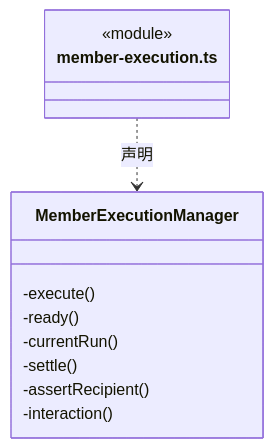
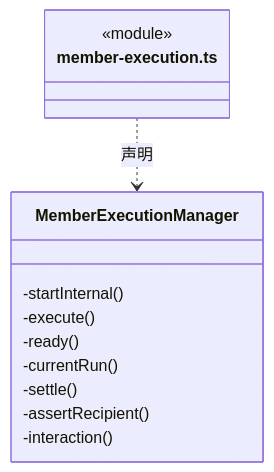
Before and after one commit to nan023062/cbim: diagram 23 of 52 in src/backend/scheduler-engine/execution/ARCHITECTURE.md, drawn with Mermaid. The commit also changed other lines of this file and 56 other files, not shown here.

````diff
--- a/src/backend/scheduler-engine/execution/ARCHITECTURE.md
+++ b/src/backend/scheduler-engine/execution/ARCHITECTURE.md
@@ -641,15 +672,16 @@
 ```mermaid
 classDiagram
 class N_src_backend_scheduler_engine_execution_member_execution_ts["member-execution.ts"] {
   <<module>>
 }
 class N_src_backend_scheduler_engine_execution_member_execution_ts_MemberExecutionManager["MemberExecutionManager"] {
+  -startInternal()
   -execute()
   -ready()
   -currentRun()
   -settle()
   -assertRecipient()
   -interaction()
 }
 N_src_backend_scheduler_engine_execution_member_execution_ts ..> N_src_backend_scheduler_engine_execution_member_execution_ts_MemberExecutionManager : 声明
 ```
````
